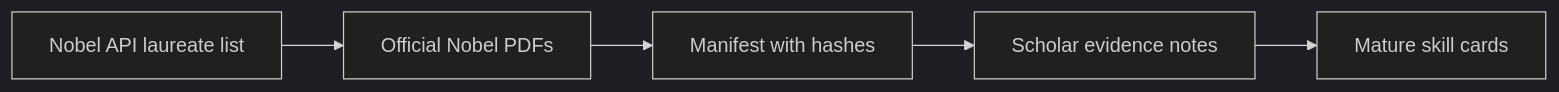
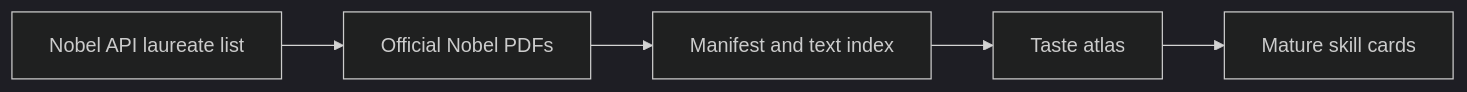
One commit to SuperJayLiu/developing-your-research-tastes changed the diagram in 04-top-scholar-research-tastes/nobel-laureates/nobel-skill-map.md. Above: the diagram before and after it, drawn with Mermaid (dark theme). The commit also changed other lines of this file and 5 other files, not shown here.

Commit message:
Summarize Nobel research taste atlas

````diff
--- a/04-top-scholar-research-tastes/nobel-laureates/nobel-skill-map.md
+++ b/04-top-scholar-research-tastes/nobel-laureates/nobel-skill-map.md
@@ -7,7 +7,7 @@
 ```mermaid
 flowchart LR
     A["Nobel API laureate list"] --> B["Official Nobel PDFs"]
-    B --> C["Manifest with hashes"]
-    C --> D["Scholar evidence notes"]
+    B --> C["Manifest and text index"]
+    C --> D["Taste atlas"]
     D --> E["Mature skill cards"]
 ```
````
